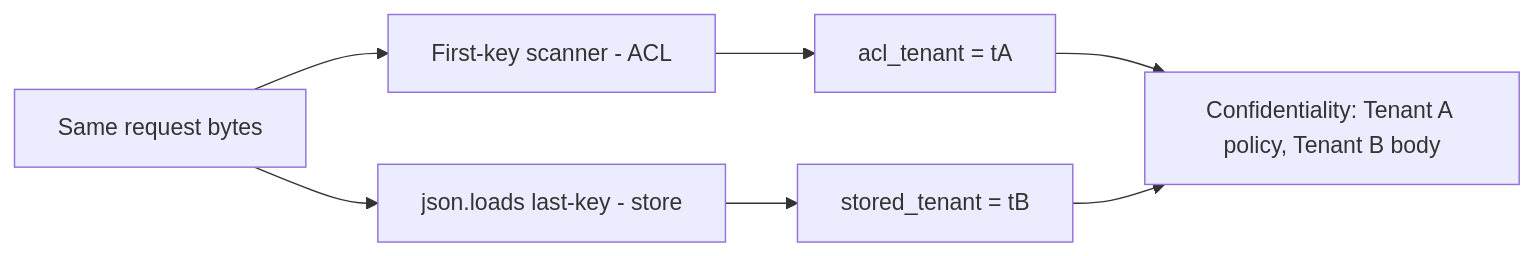
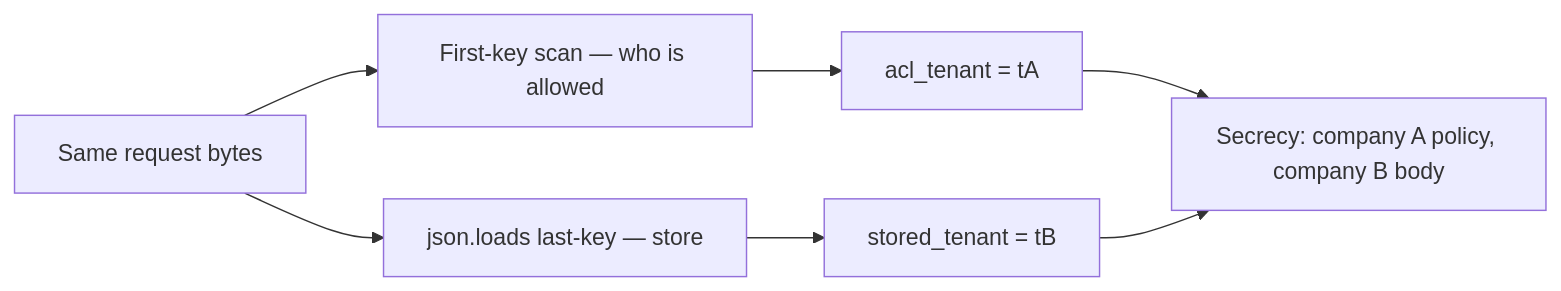
Before and after one commit to ishitvagoel/LearnSecurity: the second of 2 diagrams in content/modules/2/2.1/lessons/01-property.md, drawn with Mermaid. The commit also changed other lines of this file and 44 other files, not shown here.

````diff
--- a/content/modules/2/2.1/lessons/01-property.md
+++ b/content/modules/2/2.1/lessons/01-property.md
@@ -39,9 +38,9 @@
 ```mermaid
 flowchart LR
-  Blob["Same request bytes"] --> First["First-key scanner - ACL"]
-  Blob --> Last["json.loads last-key - store"]
-  First --> TA["acl_tenant = tA"]
-  Last --> TB["stored_tenant = tB"]
-  TA --> Fail["Confidentiality: Tenant A policy, Tenant B body"]
+  Blob[Same request bytes] --> First[First-key scan — who is allowed]
+  Blob --> Last[json.loads last-key — store]
+  First --> TA[acl_tenant = tA]
+  Last --> TB[stored_tenant = tB]
+  TA --> Fail[Secrecy: company A policy, company B body]
   TB --> Fail
 ```
````
